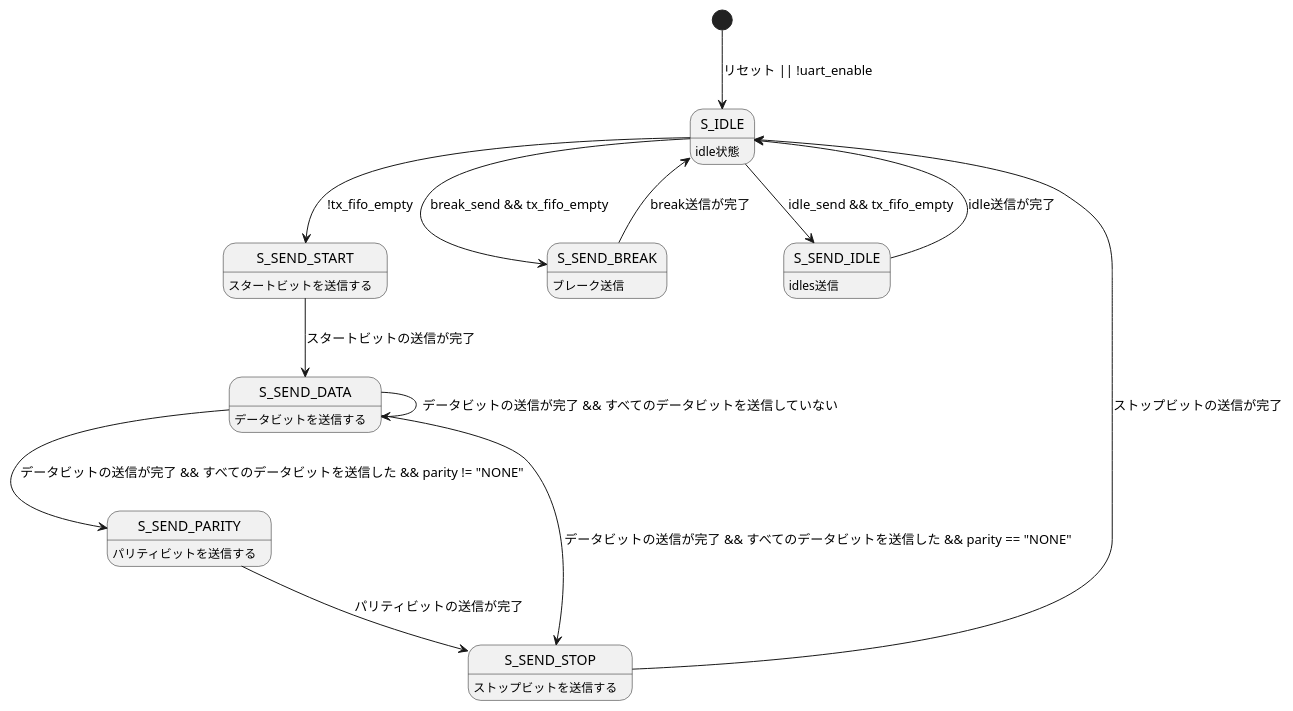
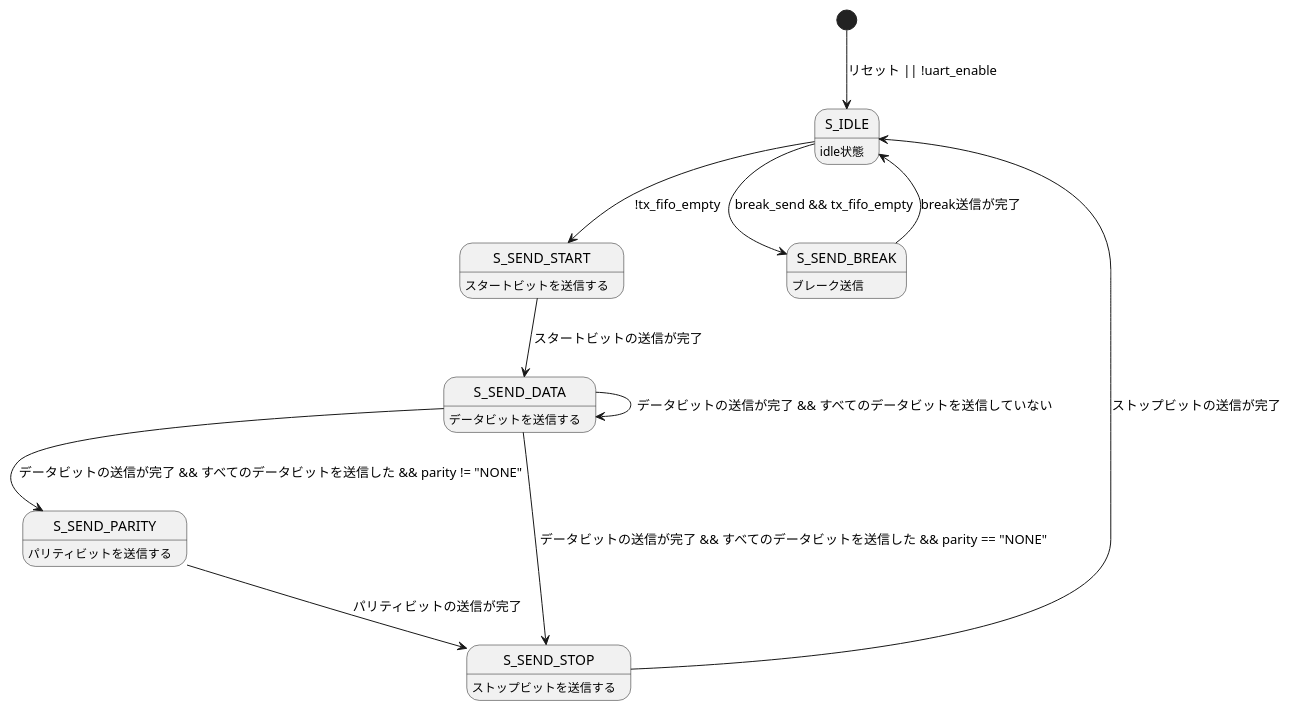
The diagram in peripheral/uart/doc/figure/uart_tx_fsm.pu (YKengo1224/rtl-ip-library), drawn with PlantUML before and after one commit. The commit also changed 3 other files, not shown here.

```diff
--- a/peripheral/uart/doc/figure/uart_tx_fsm.pu
+++ b/peripheral/uart/doc/figure/uart_tx_fsm.pu
@@ -1,30 +1,27 @@
 @startuml
 hide empty description
 
 [*] --> S_IDLE : リセット || !uart_enable
 
 S_IDLE :idle状態
 S_SEND_START : スタートビットを送信する
 S_SEND_DATA : データビットを送信する
 S_SEND_PARITY : パリティビットを送信する
 S_SEND_STOP : ストップビットを送信する
 S_SEND_BREAK :ブレーク送信
-S_SEND_IDLE :idles送信
 
 
 
 
 S_IDLE --> S_SEND_BREAK : break_send && tx_fifo_empty
-S_IDLE --> S_SEND_IDLE : idle_send && tx_fifo_empty
 S_IDLE --> S_SEND_START : !tx_fifo_empty
 S_SEND_START --> S_SEND_DATA : スタートビットの送信が完了
 S_SEND_DATA --> S_SEND_DATA : データビットの送信が完了 && すべてのデータビットを送信していない
 S_SEND_DATA --> S_SEND_PARITY : データビットの送信が完了 && すべてのデータビットを送信した && parity != "NONE"
 S_SEND_DATA --> S_SEND_STOP : データビットの送信が完了 && すべてのデータビットを送信した && parity == "NONE"
 S_SEND_PARITY --> S_SEND_STOP : パリティビットの送信が完了
 S_SEND_STOP --> S_IDLE : ストップビットの送信が完了
-S_SEND_IDLE --> S_IDLE : idle送信が完了
 S_SEND_BREAK --> S_IDLE : break送信が完了
 
 
 @enduml
```
